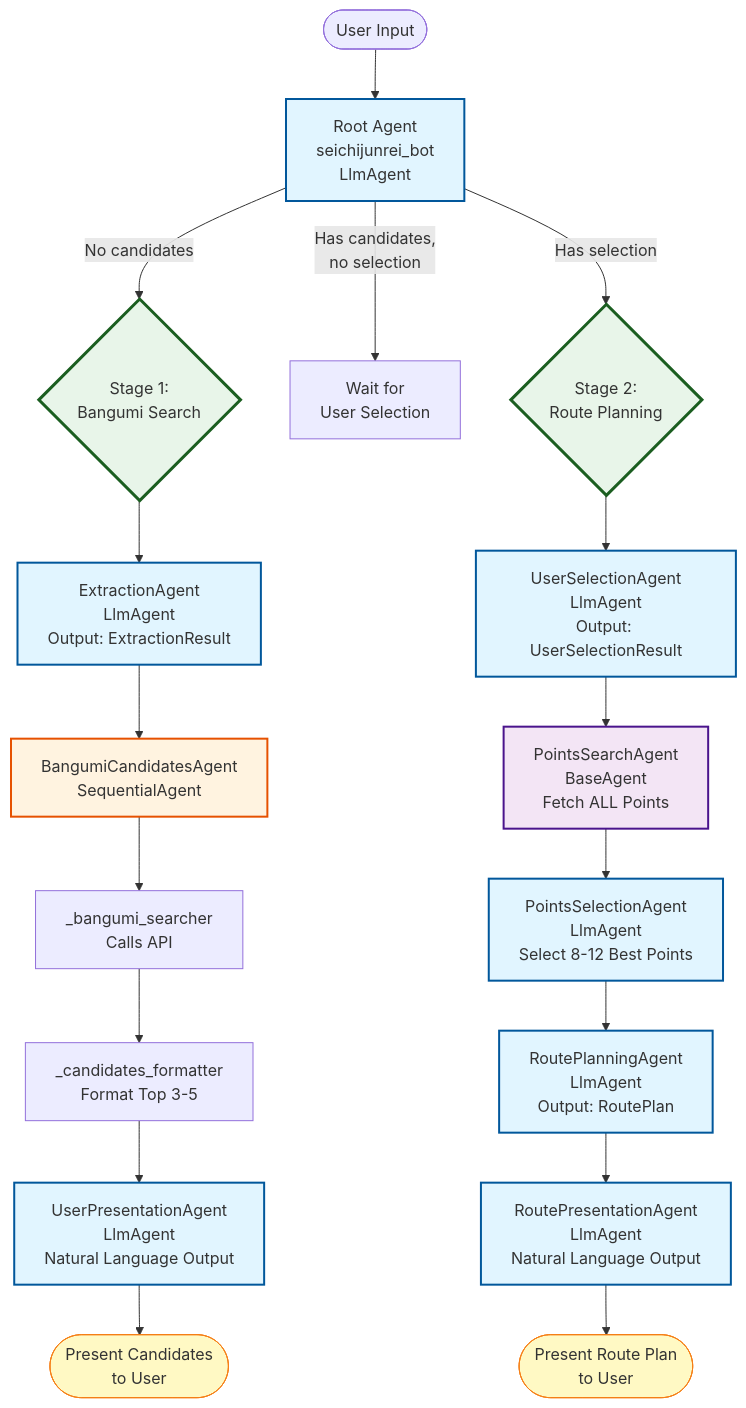
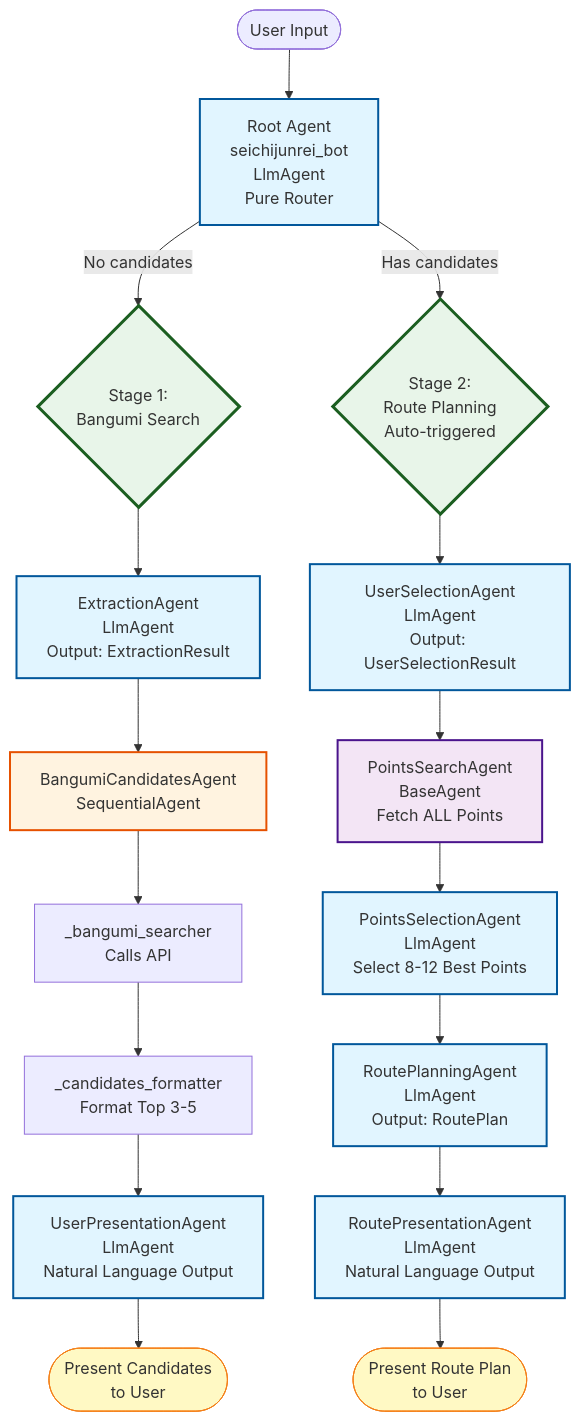
Before and after one commit to lifeodyssey/Seichijunrei-bot: the diagram in docs/architecture/agent_flow.md, drawn with Mermaid. The commit also changed 8 other files, not shown here.

Commit message:
feat: Refactor root agent to be a pure router for automatic workflow execution and add new evaluation set.

````diff
--- a/docs/architecture/agent_flow.md
+++ b/docs/architecture/agent_flow.md
@@ -3,35 +3,34 @@
 ```mermaid
 flowchart TD
     %% Seichijunrei Agent Architecture - Interaction Flow
 
     classDef llmAgent fill:#e1f5ff,stroke:#01579b,stroke-width:2px
     classDef seqAgent fill:#fff3e0,stroke:#e65100,stroke-width:2px
     classDef baseAgent fill:#f3e5f5,stroke:#4a148c,stroke-width:2px
     classDef workflow fill:#e8f5e9,stroke:#1b5e20,stroke-width:3px
     classDef schema fill:#fff9c4,stroke:#f57f17,stroke-width:1px
 
-    Start([User Input]) --> RootAgent[Root Agent<br/>seichijunrei_bot<br/>LlmAgent]
+    Start([User Input]) --> RootAgent[Root Agent<br/>seichijunrei_bot<br/>LlmAgent<br/>Pure Router]
     RootAgent -->|No candidates| Stage1{Stage 1:<br/>Bangumi Search}
-    RootAgent -->|Has candidates,<br/>no selection| Wait[Wait for<br/>User Selection]
-    RootAgent -->|Has selection| Stage2{Stage 2:<br/>Route Planning}
+    RootAgent -->|Has candidates| Stage2{Stage 2:<br/>Route Planning<br/>Auto-triggered}
 
     Stage1 --> ExtractionAgent[ExtractionAgent<br/>LlmAgent<br/>Output: ExtractionResult]
     ExtractionAgent --> BangumiCandidates[BangumiCandidatesAgent<br/>SequentialAgent]
     BangumiCandidates --> BangumiSearcher[_bangumi_searcher<br/>Calls API]
     BangumiSearcher --> BangumiFormatter[_candidates_formatter<br/>Format Top 3-5]
     BangumiFormatter --> UserPresentation[UserPresentationAgent<br/>LlmAgent<br/>Natural Language Output]
     UserPresentation --> Output1([Present Candidates<br/>to User]):::schema
 
     Stage2 --> UserSelection[UserSelectionAgent<br/>LlmAgent<br/>Output: UserSelectionResult]
     UserSelection --> PointsSearch[PointsSearchAgent<br/>BaseAgent<br/>Fetch ALL Points]
     PointsSearch --> PointsSelection[PointsSelectionAgent<br/>LlmAgent<br/>Select 8-12 Best Points]
     PointsSelection --> RoutePlanning[RoutePlanningAgent<br/>LlmAgent<br/>Output: RoutePlan]
     RoutePlanning --> RoutePresentation[RoutePresentationAgent<br/>LlmAgent<br/>Natural Language Output]
     RoutePresentation --> Output2([Present Route Plan<br/>to User]):::schema
 
     class ExtractionAgent,UserPresentation,UserSelection,PointsSelection,RoutePlanning,RoutePresentation,RootAgent llmAgent
     class BangumiCandidates seqAgent
     class PointsSearch baseAgent
     class Stage1,Stage2 workflow
 
 ```
````
